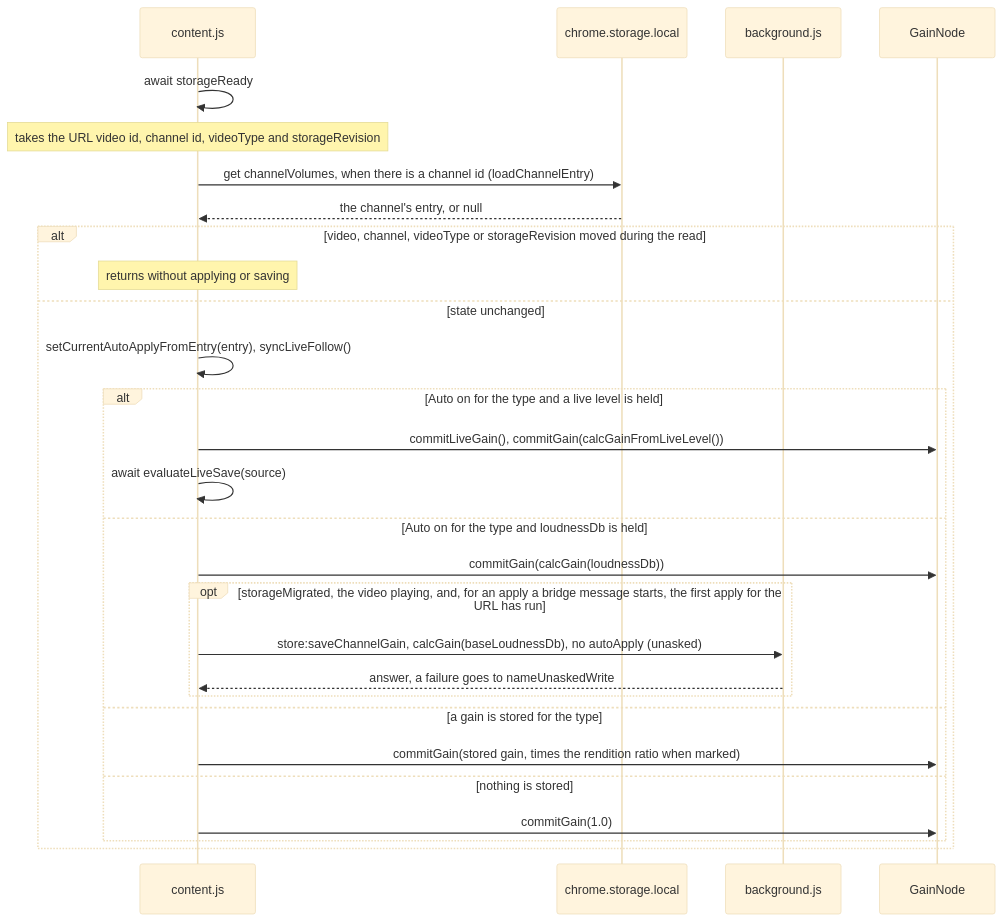
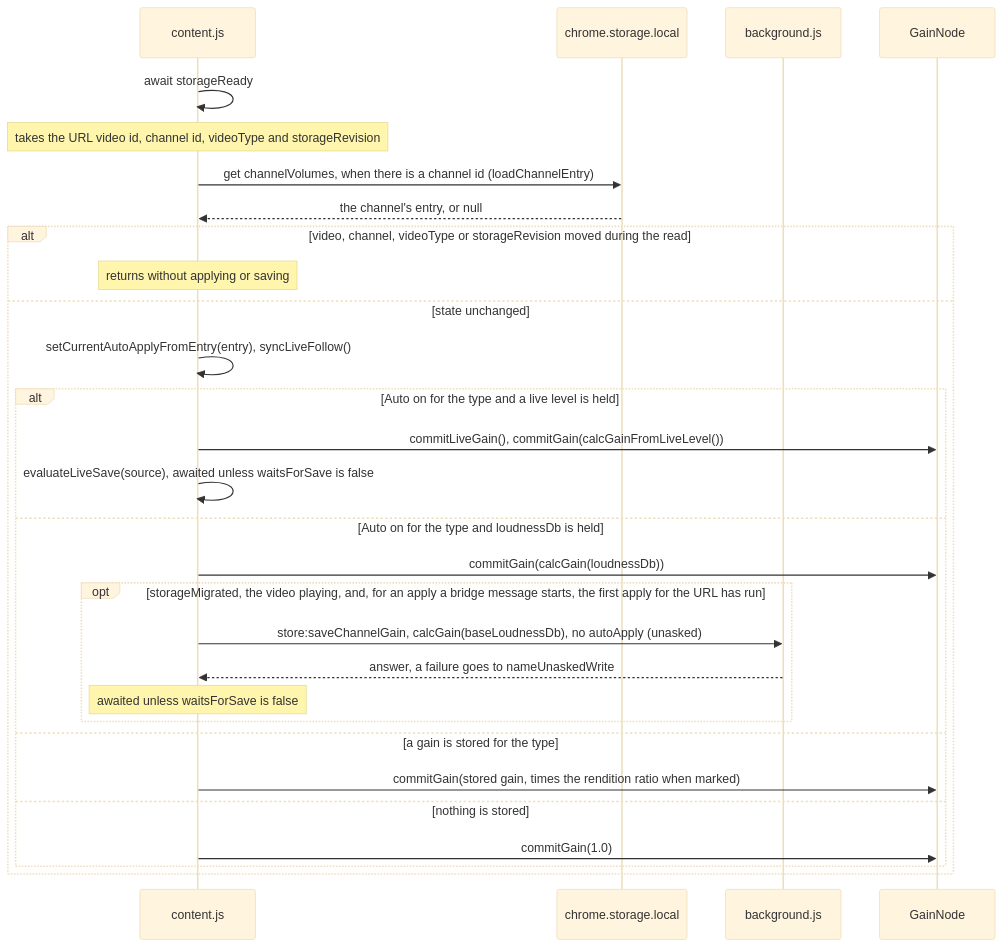
Before and after one commit to semnil/yt-channel-volume: the second of 14 diagrams in docs/gain-change-and-save.md, drawn with Mermaid (base theme). The commit also changed other lines of this file and 5 other files, not shown here.

Commit message:
fix: let a navigation during Auto's own save or the live save reach the new video, and store Auto's gain when a playing video is unmuted

````diff
--- a/docs/gain-change-and-save.md
+++ b/docs/gain-change-and-save.md
@@ -120,30 +120,31 @@
 ```mermaid
 sequenceDiagram
   participant C as content.js
   participant S as chrome.storage.local
   participant W as background.js
   participant G as GainNode
   C->>C: await storageReady
   Note over C: takes the URL video id, channel id, videoType and storageRevision
   C->>S: get channelVolumes, when there is a channel id (loadChannelEntry)
   S-->>C: the channel's entry, or null
   alt video, channel, videoType or storageRevision moved during the read
     Note over C: returns without applying or saving
   else state unchanged
     C->>C: setCurrentAutoApplyFromEntry(entry), syncLiveFollow()
     alt Auto on for the type and a live level is held
       C->>G: commitLiveGain(), commitGain(calcGainFromLiveLevel())
-      C->>C: await evaluateLiveSave(source)
+      C->>C: evaluateLiveSave(source), awaited unless waitsForSave is false
     else Auto on for the type and loudnessDb is held
       C->>G: commitGain(calcGain(loudnessDb))
       opt storageMigrated, the video playing, and, for an apply a bridge message starts, the first apply for the URL has run
         C->>W: store:saveChannelGain, calcGain(baseLoudnessDb), no autoApply (unasked)
         W-->>C: answer, a failure goes to nameUnaskedWrite
+        Note over C: awaited unless waitsForSave is false
       end
     else a gain is stored for the type
       C->>G: commitGain(stored gain, times the rendition ratio when marked)
     else nothing is stored
       C->>G: commitGain(1.0)
     end
   end
 ```
````
